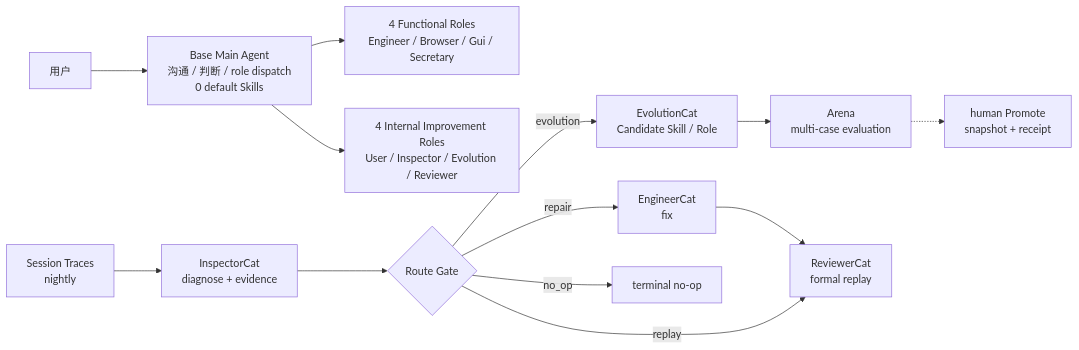
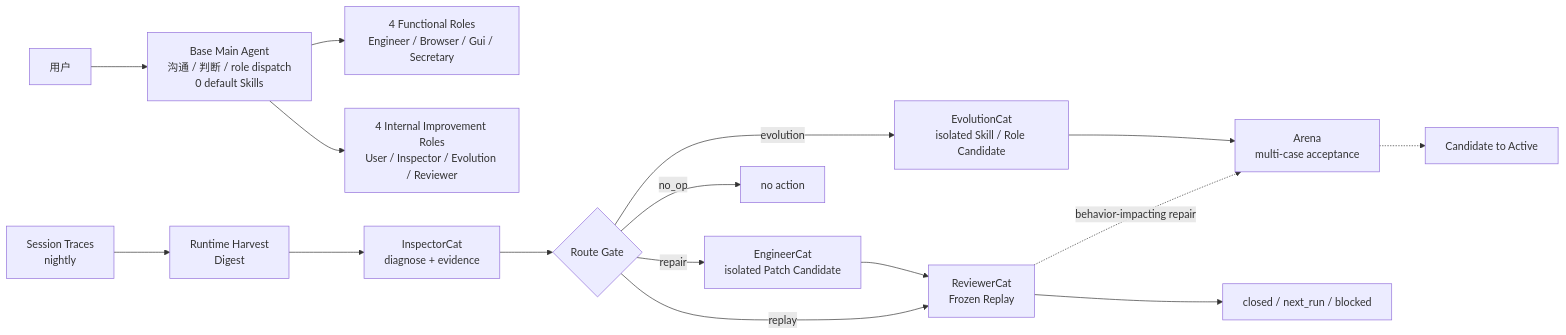
One commit to fightheyyy/XiaoBa-CLI changed the second of 2 diagrams in docs/roles-skills/SPEC.md. Above: the diagram before and after it, drawn with Mermaid. The commit also changed other lines of this file and 24 other files, not shown here.

Commit message:
implement governed patch evolution gates

````diff
--- a/docs/roles-skills/SPEC.md
+++ b/docs/roles-skills/SPEC.md
@@ -57,16 +59,19 @@
 ```mermaid
 flowchart LR
     User["用户"] --> Base["Base Main Agent<br/>沟通 / 判断 / role dispatch<br/>0 default Skills"]
     Base --> Functional["4 Functional Roles<br/>Engineer / Browser / Gui / Secretary"]
     Base --> Internal["4 Internal Improvement Roles<br/>User / Inspector / Evolution / Reviewer"]
 
-    Traces["Session Traces<br/>nightly"] --> Inspector["InspectorCat<br/>diagnose + evidence"]
+    Traces["Session Traces<br/>nightly"] --> Harvest["Runtime Harvest<br/>Digest"]
+    Harvest --> Inspector["InspectorCat<br/>diagnose + evidence"]
     Inspector --> Gate{"Route Gate"}
-    Gate -->|evolution| Evolution["EvolutionCat<br/>Candidate Skill / Role"]
-    Evolution --> Arena["Arena<br/>multi-case evaluation"]
-    Arena -.-> Promote["human Promote<br/>snapshot + receipt"]
-    Gate -->|repair| Engineer["EngineerCat<br/>fix"]
-    Engineer --> Reviewer["ReviewerCat<br/>formal replay"]
+    Gate -->|evolution| Evolution["EvolutionCat<br/>isolated Skill / Role Candidate"]
+    Evolution --> Arena["Arena<br/>multi-case acceptance"]
+    Arena -.-> Active["Candidate to Active"]
+    Gate -->|repair| Engineer["EngineerCat<br/>isolated Patch Candidate"]
+    Engineer --> Reviewer["ReviewerCat<br/>Frozen Replay"]
+    Reviewer -. "behavior-impacting repair" .-> Arena
+    Reviewer --> ReviewEnd["closed / next_run / blocked"]
     Gate -->|replay| Reviewer
-    Gate -->|no_op| NoOp["terminal no-op"]
+    Gate -->|no_op| NoOp["no action"]
 ```
````
